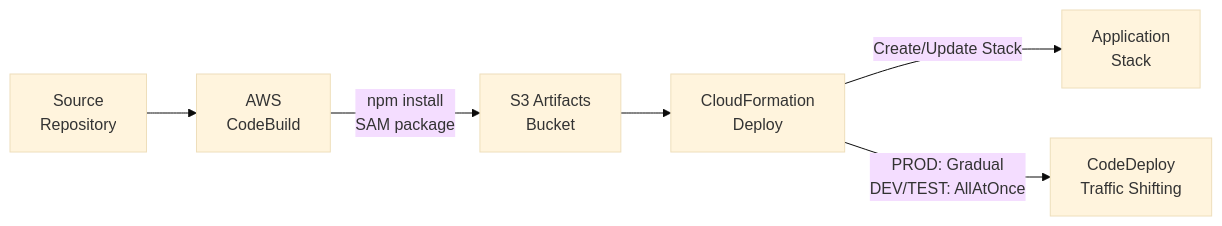
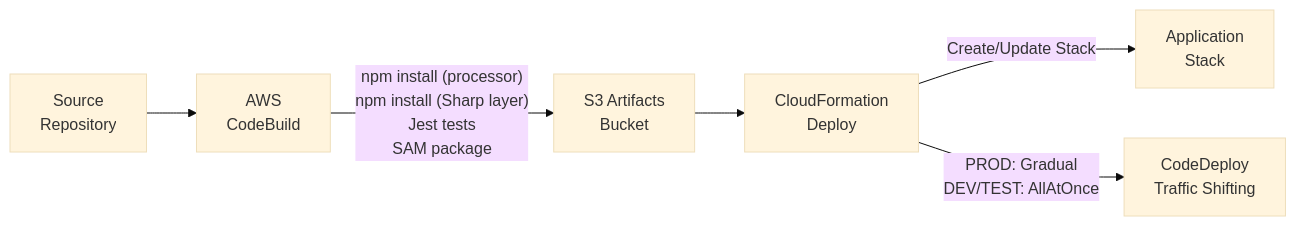
Before and after one commit to chadkluck/serverless-image-resizer: the second of 2 diagrams in ARCHITECTURE.md, drawn with Mermaid (base theme). The commit also changed other lines of this file and 41 other files, not shown here.

````diff
--- a/ARCHITECTURE.md
+++ b/ARCHITECTURE.md
@@ -51,8 +24,8 @@
 ```mermaid
 flowchart LR
     Repo["Source<br/>Repository"] --> CodeBuild["AWS<br/>CodeBuild"]
-    CodeBuild -->|"npm install<br/>SAM package"| Artifacts["S3 Artifacts<br/>Bucket"]
+    CodeBuild -->|"npm install (processor)<br/>npm install (Sharp layer)<br/>Jest tests<br/>SAM package"| Artifacts["S3 Artifacts<br/>Bucket"]
     Artifacts --> CFN["CloudFormation<br/>Deploy"]
     CFN -->|"Create/Update Stack"| Stack["Application<br/>Stack"]
     CFN -->|"PROD: Gradual<br/>DEV/TEST: AllAtOnce"| CodeDeploy["CodeDeploy<br/>Traffic Shifting"]
 ```
````
